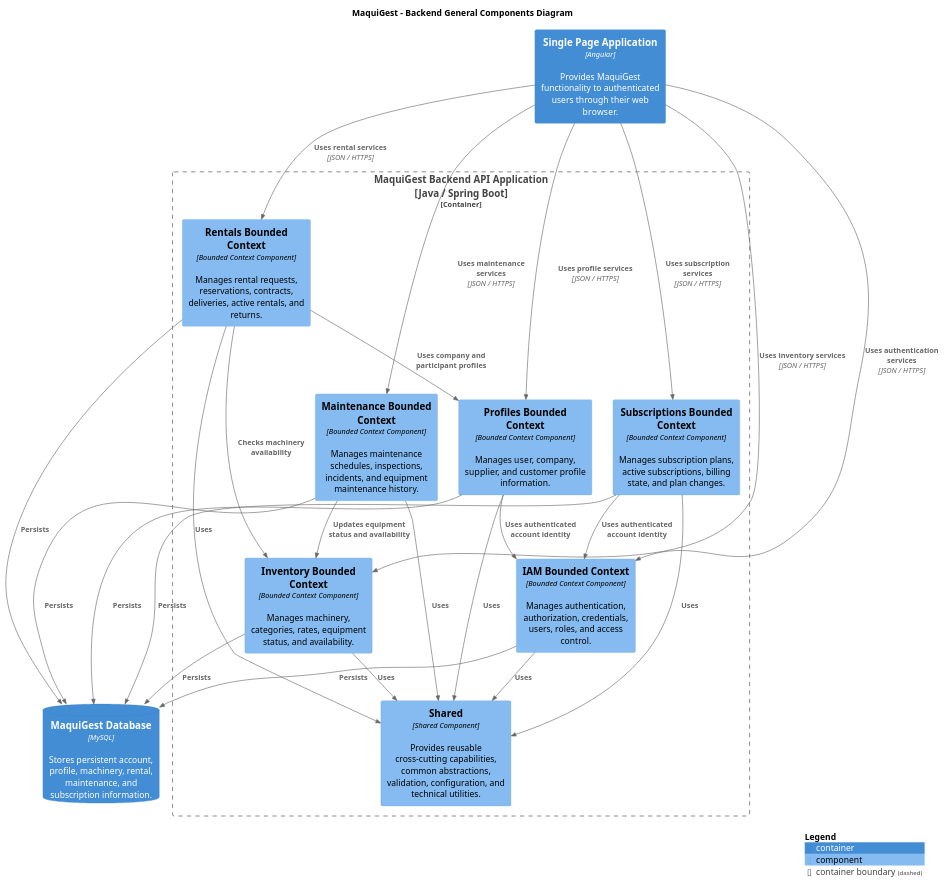
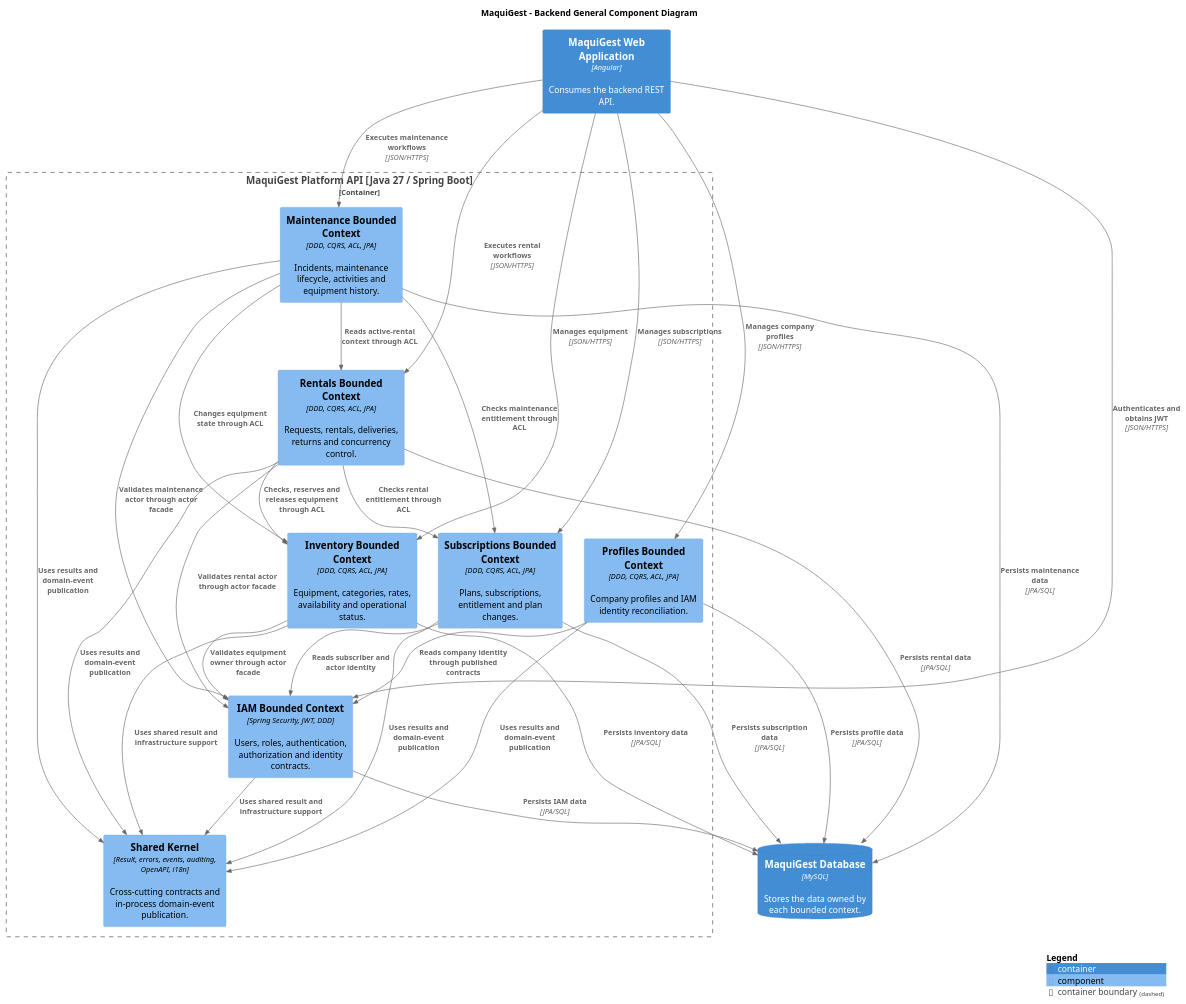
Before and after one commit to upc-pre-202620-1asi0729-7750-cleancode/maquigest-report: the diagram in assets/plantuml/chapter-4/c4/component/backend/maquigest-backend-general-component-diagram.puml, drawn with PlantUML. The commit also changed 13 other files, not shown here.

Commit message:
fix(docs): update backend component diagrams assets

```diff
--- a/assets/plantuml/chapter-4/c4/component/backend/maquigest-backend-general-component-diagram.puml
+++ b/assets/plantuml/chapter-4/c4/component/backend/maquigest-backend-general-component-diagram.puml
@@ -1,57 +1,44 @@
 @startuml
-
-!include https://raw.githubusercontent.com/plantuml-stdlib/C4-PlantUML/master/C4_Component.puml
-
-title MaquiGest - Backend General Components Diagram
-
-Container(spa, "Single Page Application", "Angular", "Provides MaquiGest functionality to authenticated users through their web browser.")
-
-Container_Boundary(backend, "MaquiGest Backend API Application\n[Java / Spring Boot]") {
-
-    Component(iamContext, "IAM Bounded Context", "Bounded Context Component", "Manages authentication, authorization, credentials, users, roles, and access control.")
-
-    Component(profilesContext, "Profiles Bounded Context", "Bounded Context Component", "Manages user, company, supplier, and customer profile information.")
-
-    Component(inventoryContext, "Inventory Bounded Context", "Bounded Context Component", "Manages machinery, categories, rates, equipment status, and availability.")
-
-    Component(rentalsContext, "Rentals Bounded Context", "Bounded Context Component", "Manages rental requests, reservations, contracts, deliveries, active rentals, and returns.")
-
-    Component(maintenanceContext, "Maintenance Bounded Context", "Bounded Context Component", "Manages maintenance schedules, inspections, incidents, and equipment maintenance history.")
-
-    Component(subscriptionsContext, "Subscriptions Bounded Context", "Bounded Context Component", "Manages subscription plans, active subscriptions, billing state, and plan changes.")
-
-    Component(sharedComponent, "Shared", "Shared Component", "Provides reusable cross-cutting capabilities, common abstractions, validation, configuration, and technical utilities.")
+!include _includes/C4_Component.puml
+title MaquiGest - Backend General Component Diagram
+Container(spa, "MaquiGest Web Application", "Angular", "Consumes the backend REST API.")
+Container_Boundary(backend, "MaquiGest Platform API [Java 27 / Spring Boot]") {
+ Component(iam, "IAM Bounded Context", "Spring Security, JWT, DDD", "Users, roles, authentication, authorization and identity contracts.")
+ Component(profiles, "Profiles Bounded Context", "DDD, CQRS, ACL, JPA", "Company profiles and IAM identity reconciliation.")
+ Component(inventory, "Inventory Bounded Context", "DDD, CQRS, ACL, JPA", "Equipment, categories, rates, availability and operational status.")
+ Component(rentals, "Rentals Bounded Context", "DDD, CQRS, ACL, JPA", "Requests, rentals, deliveries, returns and concurrency control.")
+ Component(maintenance, "Maintenance Bounded Context", "DDD, CQRS, ACL, JPA", "Incidents, maintenance lifecycle, activities and equipment history.")
+ Component(subscriptions, "Subscriptions Bounded Context", "DDD, CQRS, ACL, JPA", "Plans, subscriptions, entitlement and plan changes.")
+ Component(shared, "Shared Kernel", "Result, errors, events, auditing, OpenAPI, i18n", "Cross-cutting contracts and in-process domain-event publication.")
 }
-
-ContainerDb(database, "MaquiGest Database", "MySQL", "Stores persistent account, profile, machinery, rental, maintenance, and subscription information.")
-
-Rel(spa, iamContext, "Uses authentication services", "JSON / HTTPS")
-Rel(spa, profilesContext, "Uses profile services", "JSON / HTTPS")
-Rel(spa, inventoryContext, "Uses inventory services", "JSON / HTTPS")
-Rel(spa, rentalsContext, "Uses rental services", "JSON / HTTPS")
-Rel(spa, maintenanceContext, "Uses maintenance services", "JSON / HTTPS")
-Rel(spa, subscriptionsContext, "Uses subscription services", "JSON / HTTPS")
-
-Rel(profilesContext, iamContext, "Uses authenticated account identity")
-Rel(rentalsContext, inventoryContext, "Checks machinery availability")
-Rel(rentalsContext, profilesContext, "Uses company and participant profiles")
-Rel(maintenanceContext, inventoryContext, "Updates equipment status and availability")
-Rel(subscriptionsContext, iamContext, "Uses authenticated account identity")
-
-Rel(iamContext, sharedComponent, "Uses")
-Rel(profilesContext, sharedComponent, "Uses")
-Rel(inventoryContext, sharedComponent, "Uses")
-Rel(rentalsContext, sharedComponent, "Uses")
-Rel(maintenanceContext, sharedComponent, "Uses")
-Rel(subscriptionsContext, sharedComponent, "Uses")
-
-Rel(iamContext, database, "Persists")
-Rel(profilesContext, database, "Persists")
-Rel(inventoryContext, database, "Persists")
-Rel(rentalsContext, database, "Persists")
-Rel(maintenanceContext, database, "Persists")
-Rel(subscriptionsContext, database, "Persists")
-
+ContainerDb(db, "MaquiGest Database", "MySQL", "Stores the data owned by each bounded context.")
+Rel(spa, iam, "Authenticates and obtains JWT", "JSON/HTTPS")
+Rel(spa, profiles, "Manages company profiles", "JSON/HTTPS")
+Rel(spa, inventory, "Manages equipment", "JSON/HTTPS")
+Rel(spa, rentals, "Executes rental workflows", "JSON/HTTPS")
+Rel(spa, maintenance, "Executes maintenance workflows", "JSON/HTTPS")
+Rel(spa, subscriptions, "Manages subscriptions", "JSON/HTTPS")
+Rel(profiles, iam, "Reads company identity through published contracts")
+Rel(inventory, iam, "Validates equipment owner through actor facade")
+Rel(rentals, iam, "Validates rental actor through actor facade")
+Rel(maintenance, iam, "Validates maintenance actor through actor facade")
+Rel(subscriptions, iam, "Reads subscriber and actor identity")
+Rel(rentals, inventory, "Checks, reserves and releases equipment through ACL")
+Rel(rentals, subscriptions, "Checks rental entitlement through ACL")
+Rel(maintenance, inventory, "Changes equipment state through ACL")
+Rel(maintenance, rentals, "Reads active-rental context through ACL")
+Rel(maintenance, subscriptions, "Checks maintenance entitlement through ACL")
+Rel(iam, shared, "Uses shared result and infrastructure support")
+Rel(profiles, shared, "Uses results and domain-event publication")
+Rel(inventory, shared, "Uses shared result and infrastructure support")
+Rel(rentals, shared, "Uses results and domain-event publication")
+Rel(maintenance, shared, "Uses results and domain-event publication")
+Rel(subscriptions, shared, "Uses results and domain-event publication")
+Rel(iam, db, "Persists IAM data", "JPA/SQL")
+Rel(profiles, db, "Persists profile data", "JPA/SQL")
+Rel(inventory, db, "Persists inventory data", "JPA/SQL")
+Rel(rentals, db, "Persists rental data", "JPA/SQL")
+Rel(maintenance, db, "Persists maintenance data", "JPA/SQL")
+Rel(subscriptions, db, "Persists subscription data", "JPA/SQL")
 SHOW_LEGEND()
-
 @enduml
```
